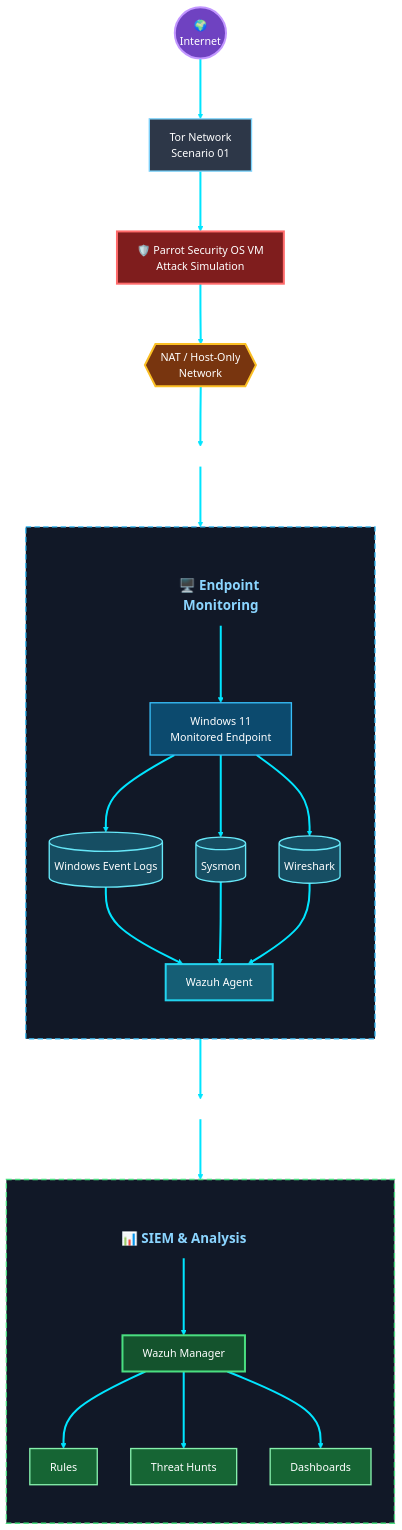
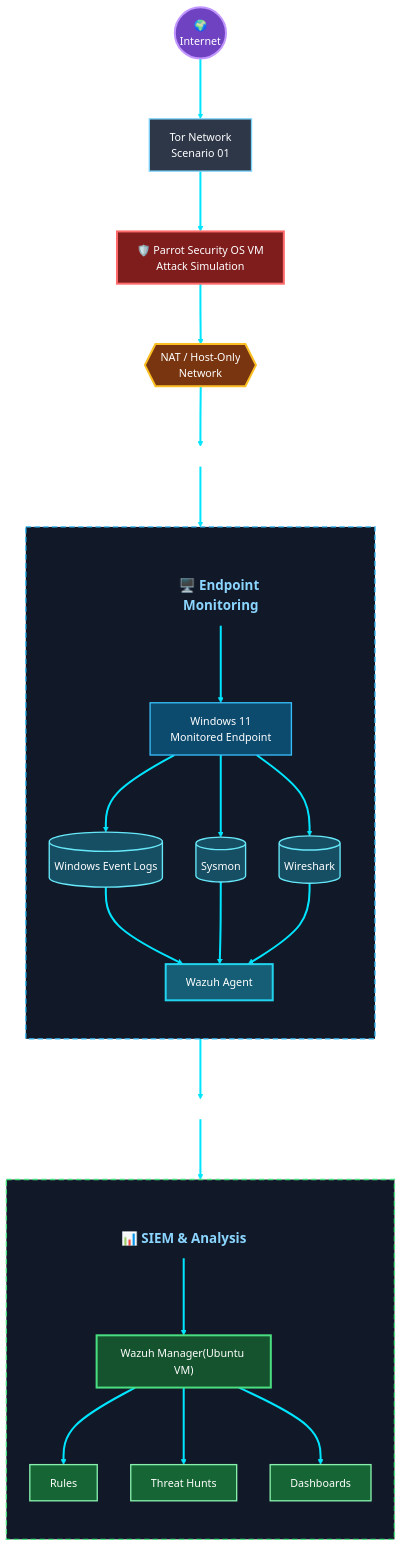
One commit to jagadish-sec/Endpoint-Detection-Threat-Investigation-Lab changed the diagram in architecture/Architecture.mmd. Above: the diagram before and after it, drawn with Mermaid.

Commit message:
Update Wazuh Manager label to include 'Ubuntu VM'

```diff
--- a/architecture/Architecture.mmd
+++ b/architecture/Architecture.mmd
@@ -1,142 +1,142 @@
 %%{
 init: {
   "theme": "base",
   "flowchart": {
     "curve": "basis",
     "nodeSpacing": 50,
     "rankSpacing": 90
   },
   "themeVariables": {
     "background": "#0d1117",
     "primaryColor": "#1f2937",
     "primaryBorderColor": "#58a6ff",
     "primaryTextColor": "#ffffff",
     "lineColor": "#00E5FF",
     "fontFamily": "Inter, Segoe UI, Arial",
     "clusterBkg": "#161b22",
     "clusterBorder": "#3b82f6",
     "clusterTextColor": "#ffffff"
   }
 }
 }%%
 
 flowchart TD
 
 %%======================
 %% External
 %%======================
 
 A(("🌍<br/>Internet")):::internet
 
 B["Tor Network<br/>Scenario 01"]:::external
 
 C["🛡️ Parrot Security OS VM<br/>Attack Simulation"]:::attacker
 
 D{{NAT / Host-Only<br/>Network}}:::network
 
 Spacer1[ ]:::invisible
 
 A --> B
 B --> C
 C --> D
 D --> Spacer1
 
 %%======================
 %% Endpoint Monitoring
 %%======================
 
 subgraph EM[" "]
 direction TB
 
 TITLE1["🖥️ Endpoint Monitoring"]:::title
 
 E["Windows 11 <br/>Monitored Endpoint"]:::monitor
 
 F1[(Windows Event Logs)]:::log
 F2[(Sysmon)]:::log
 F3[(Wireshark)]:::log
 
 G["Wazuh Agent"]:::agent
 
 TITLE1 --> E
 
 E --> F1
 E --> F2
 E --> F3
 
 F1 --> G
 F2 --> G
 F3 --> G
 
 end
 
 Spacer1 --> TITLE1
 
 Spacer2[ ]:::invisible
 
 G --> Spacer2
 
 %%======================
 %% SIEM
 %%======================
 
 subgraph SA[" "]
 direction TB
 
 TITLE2["📊 SIEM & Analysis"]:::title
 
-H["Wazuh Manager"]:::siem
+H["Wazuh Manager(Ubuntu VM)"]:::siem
 
 I1["Rules"]:::analysis
 I2["Threat Hunts"]:::analysis
 I3["Dashboards"]:::analysis
 
 TITLE2 --> H
 
 H --> I1
 H --> I2
 H --> I3
 
 end
 
 Spacer2 --> TITLE2
 
 %%======================
 %% Classes
 %%======================
 
 classDef internet fill:#6f42c1,stroke:#c297ff,stroke-width:3px,color:#ffffff;
 
 classDef external fill:#2d3748,stroke:#7dd3fc,stroke-width:2px,color:#ffffff;
 
 classDef attacker fill:#7f1d1d,stroke:#ff6b6b,stroke-width:3px,color:#ffffff;
 
 classDef network fill:#78350f,stroke:#fbbf24,stroke-width:3px,color:#ffffff;
 
 classDef monitor fill:#0c4a6e,stroke:#38bdf8,stroke-width:2px,color:#ffffff;
 
 classDef log fill:#164e63,stroke:#67e8f9,stroke-width:2px,color:#ffffff;
 
 classDef agent fill:#155e75,stroke:#22d3ee,stroke-width:3px,color:#ffffff;
 
 classDef siem fill:#14532d,stroke:#4ade80,stroke-width:3px,color:#ffffff;
 
 classDef analysis fill:#166534,stroke:#86efac,stroke-width:2px,color:#ffffff;
 
 classDef title fill:transparent,stroke:transparent,color:#8bd5ff,font-size:20px,font-weight:bold;
 
 classDef invisible fill:transparent,stroke:transparent,color:transparent;
 
 %%======================
 %% Cluster Styling
 %%======================
 
 style EM fill:#111827,stroke:#38bdf8,stroke-width:2px,stroke-dasharray:8 5
 
 style SA fill:#111827,stroke:#4ade80,stroke-width:2px,stroke-dasharray:8 5
 
 %%======================
 %% Arrow Styling
 %%======================
 
 linkStyle default stroke:#00E5FF,stroke-width:3px
```
